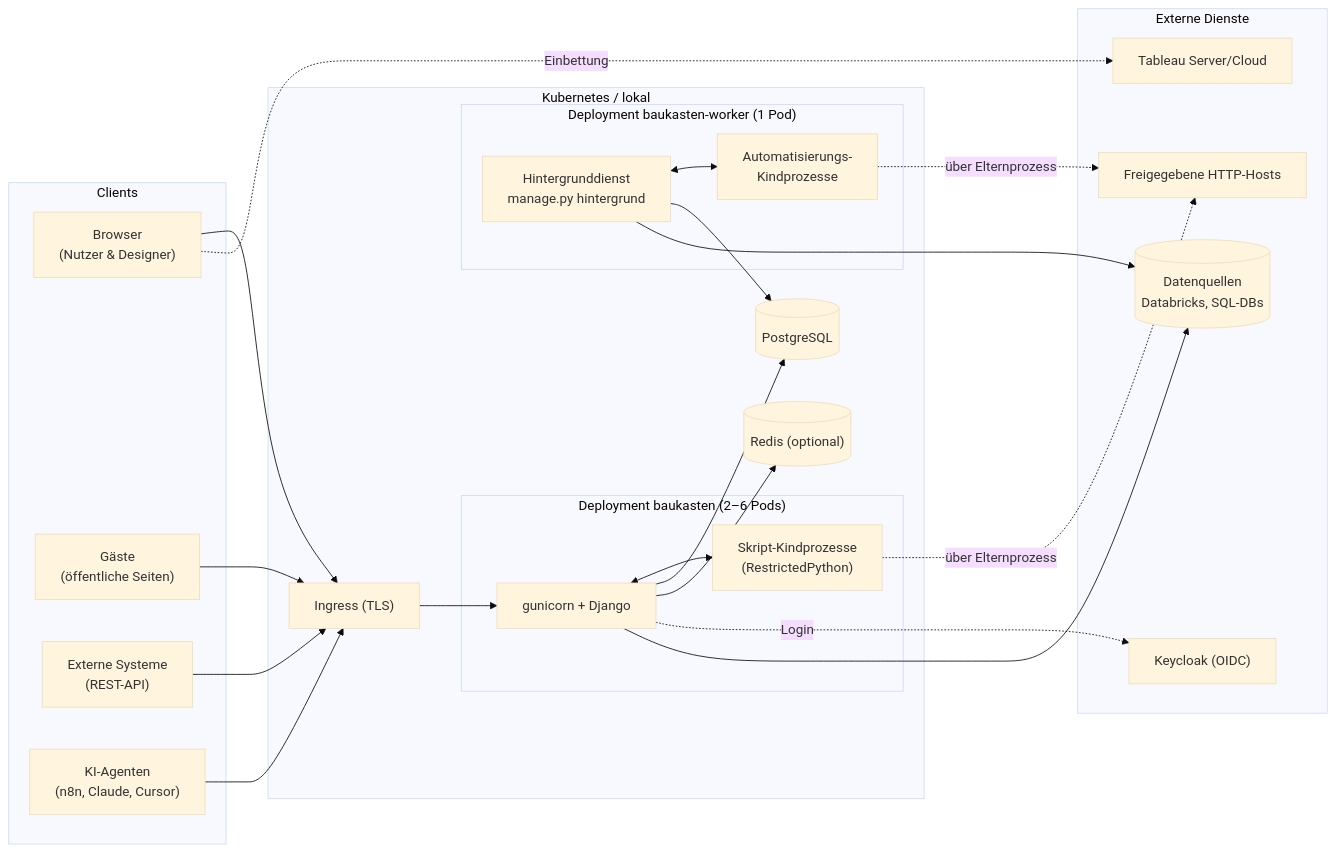
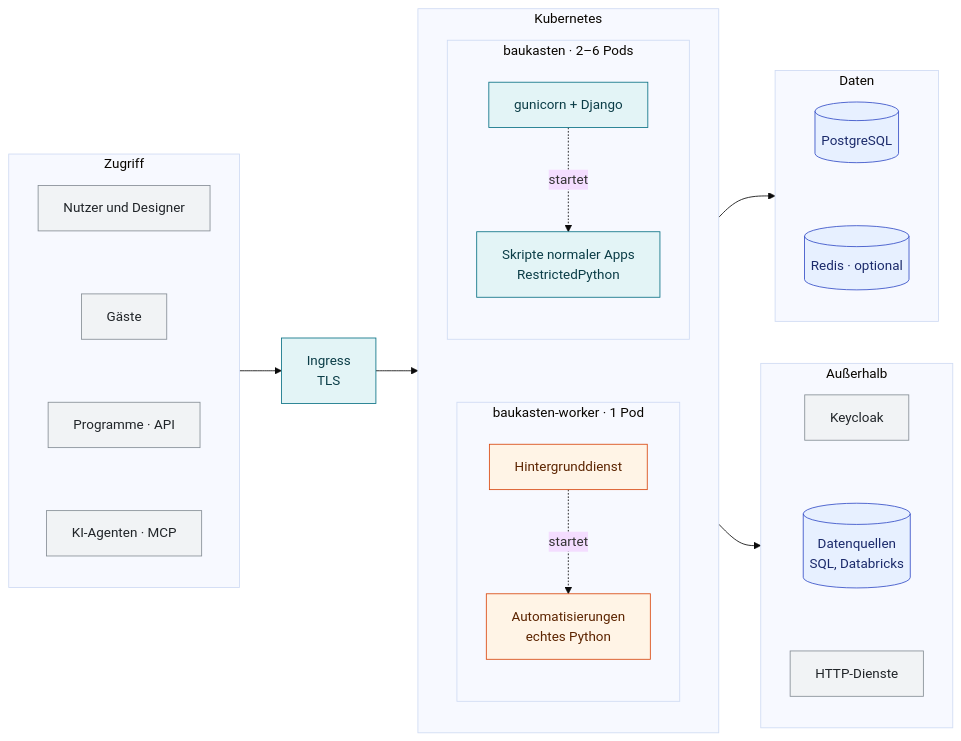
One commit to Turksat46/Baukasten changed the first of 15 diagrams in docs/TECHNISCHE_DOKUMENTATION.md. Above: the diagram before and after it, drawn with Mermaid (base theme). The commit also changed other lines of this file, not shown here.

Commit message:
Technische Dokumentation: Inhalt gegen den Code geprüft, Diagramme neu gestaltet

````diff
--- a/docs/TECHNISCHE_DOKUMENTATION.md
+++ b/docs/TECHNISCHE_DOKUMENTATION.md
@@ -52,41 +56,45 @@
 ```mermaid
 flowchart LR
-    subgraph Clients
-        U["Browser<br/>(Nutzer & Designer)"]
-        G["Gäste<br/>(öffentliche Seiten)"]
-        X["Externe Systeme<br/>(REST-API)"]
-        K["KI-Agenten<br/>(n8n, Claude, Cursor)"]
+    subgraph Zugriff["Zugriff"]
+        direction TB
+        U["Nutzer und Designer"] ~~~ G["Gäste"] ~~~ X["Programme · API"] ~~~ K["KI-Agenten · MCP"]
     end
 
-    subgraph Cluster["Kubernetes / lokal"]
-        ING["Ingress (TLS)"]
-        subgraph Web["Deployment baukasten (2–6 Pods)"]
-            GU["gunicorn + Django"]
-            SB["Skript-Kindprozesse<br/>(RestrictedPython)"]
+    ING["Ingress<br/>TLS"]
+
+    subgraph Pods["Kubernetes"]
+        direction TB
+        subgraph Web["baukasten · 2–6 Pods"]
+            direction TB
+            GU["gunicorn + Django"] -. startet .-> SB["Skripte normaler Apps<br/>RestrictedPython"]
         end
-        subgraph Worker["Deployment baukasten-worker (1 Pod)"]
-            WK["Hintergrunddienst<br/>manage.py hintergrund"]
-            AU["Automatisierungs-<br/>Kindprozesse"]
+        subgraph Worker["baukasten-worker · 1 Pod"]
+            direction TB
+            WK["Hintergrunddienst"] -. startet .-> AU["Automatisierungen<br/>echtes Python"]
         end
-        PG[("PostgreSQL")]
-        RD[("Redis (optional)")]
+        Web ~~~ Worker
     end
 
-    subgraph Extern["Externe Dienste"]
-        KC["Keycloak (OIDC)"]
-        DS[("Datenquellen<br/>Databricks, SQL-DBs")]
-        TB["Tableau Server/Cloud"]
-        HT["Freigegebene HTTP-Hosts"]
+    subgraph Daten["Daten"]
+        direction TB
+        PG[("PostgreSQL")] ~~~ RD[("Redis · optional")]
     end
 
-    U & G & X & K --> ING --> GU
-    GU <--> SB
-    GU --> PG
-    GU --> RD
-    WK <--> AU
-    WK --> PG
-    GU -. Login .-> KC
-    GU & WK --> DS
-    U -. Einbettung .-> TB
-    SB & AU -. über Elternprozess .-> HT
+    subgraph Extern["Außerhalb"]
+        direction TB
+        KC["Keycloak"] ~~~ DS[("Datenquellen<br/>SQL, Databricks")] ~~~ NET["HTTP-Dienste"]
+    end
+
+    Zugriff --> ING --> Web
+    Pods --> Daten
+    Pods --> Extern
+
+    classDef web fill:#e3f4f6,stroke:#0b7285,color:#0b3d47
+    classDef worker fill:#fff4e6,stroke:#d9480f,color:#5c2400
+    classDef data fill:#e7f0ff,stroke:#364fc7,color:#1b2a6b
+    classDef ext fill:#f1f3f5,stroke:#868e96,color:#212529
+    class ING,GU,SB web
+    class WK,AU worker
+    class PG,RD,DS data
+    class U,G,X,K,KC,NET ext
 ```
````
